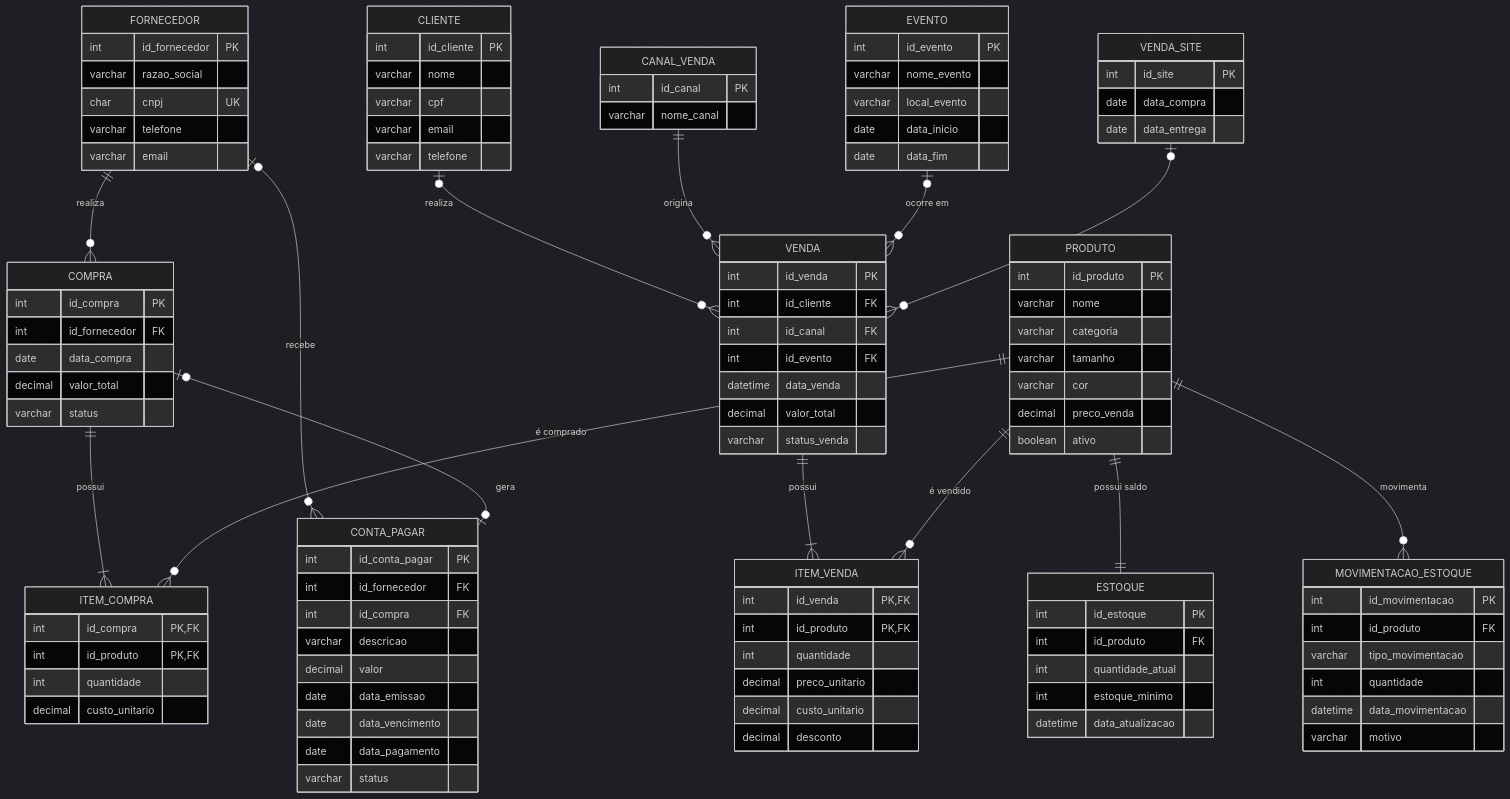
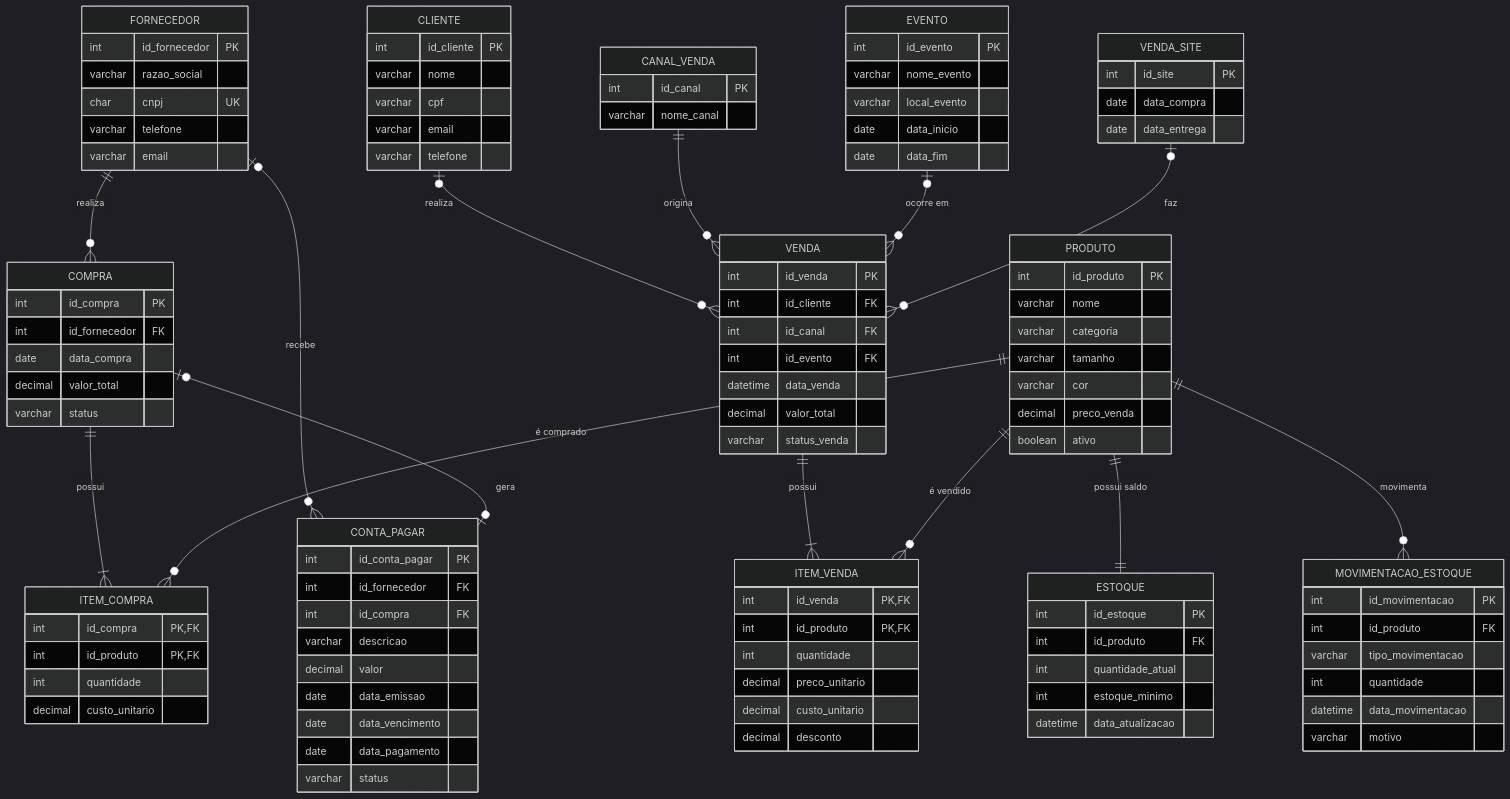
Before and after one commit to Larycronx/Der_Banco_De_Dados: the diagram in DER/der.mmd, drawn with Mermaid (dark theme).

Commit message:
Update mermaid diagram for DER

````diff
--- a/DER/der.mmd
+++ b/DER/der.mmd
@@ -1,129 +1,122 @@
-```mermaid
+
 erDiagram
-
     FORNECEDOR ||--o{ COMPRA : "realiza"
     COMPRA ||--|{ ITEM_COMPRA : "possui"
     PRODUTO ||--o{ ITEM_COMPRA : "é comprado"
     PRODUTO ||--|| ESTOQUE : "possui saldo"
     PRODUTO ||--o{ MOVIMENTACAO_ESTOQUE : "movimenta"
-
     CLIENTE o|--o{ VENDA : "realiza"
     CANAL_VENDA ||--o{ VENDA : "origina"
     EVENTO o|--o{ VENDA : "ocorre em"
-
     VENDA ||--|{ ITEM_VENDA : "possui"
     PRODUTO ||--o{ ITEM_VENDA : "é vendido"
-
     FORNECEDOR o|--o{ CONTA_PAGAR : "recebe"
     COMPRA o|--o| CONTA_PAGAR : "gera"
-
-    VENDA_SITE o|--o{ VENDA : ""
-
+    VENDA_SITE o|--o{ VENDA : "faz"
     PRODUTO {
         int id_produto PK
         varchar nome
         varchar categoria
         varchar tamanho
         varchar cor
         decimal preco_venda
         boolean ativo
     }
 
     ESTOQUE {
         int id_estoque PK
         int id_produto FK
         int quantidade_atual
         int estoque_minimo
         datetime data_atualizacao
     }
 
     MOVIMENTACAO_ESTOQUE {
         int id_movimentacao PK
         int id_produto FK
         varchar tipo_movimentacao
         int quantidade
         datetime data_movimentacao
         varchar motivo
     }
 
     FORNECEDOR {
         int id_fornecedor PK
         varchar razao_social
         char cnpj UK
         varchar telefone
         varchar email
     }
 
     COMPRA {
         int id_compra PK
         int id_fornecedor FK
         date data_compra
         decimal valor_total
         varchar status
     }
 
     ITEM_COMPRA {
         int id_compra PK, FK
         int id_produto PK, FK
         int quantidade
         decimal custo_unitario
     }
 
     CLIENTE {
         int id_cliente PK
         varchar nome
         varchar cpf
         varchar email
         varchar telefone
     }
 
     CANAL_VENDA {
         int id_canal PK
         varchar nome_canal
     }
 
     VENDA_SITE {
         int id_site PK
         date data_compra
         date data_entrega
     }
 
     EVENTO {
         int id_evento PK
         varchar nome_evento
         varchar local_evento
         date data_inicio
         date data_fim
     }
 
     VENDA {
         int id_venda PK
         int id_cliente FK
         int id_canal FK
         int id_evento FK
         datetime data_venda
         decimal valor_total
         varchar status_venda
     }
 
     ITEM_VENDA {
         int id_venda PK, FK
         int id_produto PK, FK
         int quantidade
         decimal preco_unitario
         decimal custo_unitario
         decimal desconto
     }
 
     CONTA_PAGAR {
         int id_conta_pagar PK
         int id_fornecedor FK
         int id_compra FK
         varchar descricao
         decimal valor
         date data_emissao
         date data_vencimento
         date data_pagamento
         varchar status
     }
-```
````
